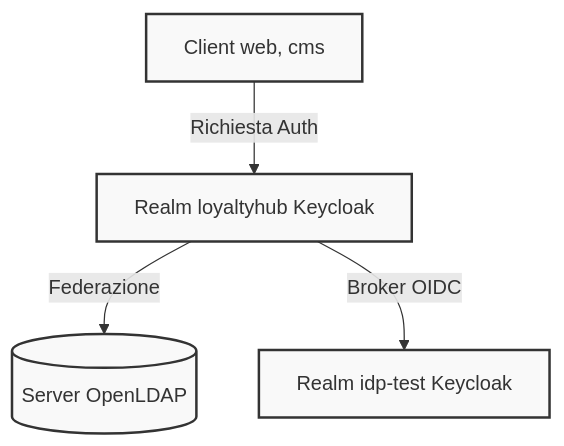
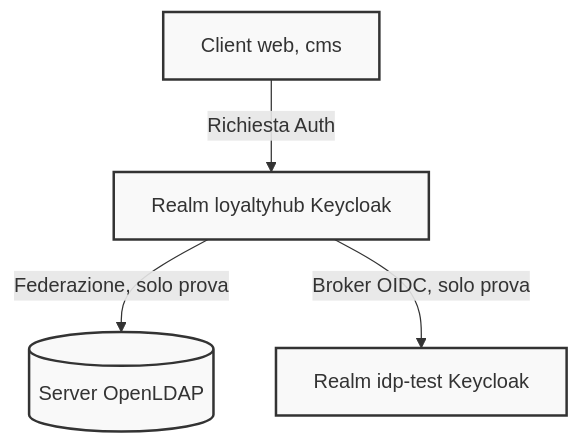
Before and after one commit to peppe-ruv/Loyalty_Sys: the second of 2 diagrams in deploy/idp/README.md, drawn with Mermaid. The commit also changed other lines of this file and 7 other files, not shown here.

````diff
--- a/deploy/idp/README.md
+++ b/deploy/idp/README.md
@@ -61,11 +121,11 @@
 ```mermaid
 flowchart TD
     accTitle: Federazione Identità
     accDescr: Schema della connessione del realm principale con IdP secondario e LDAP
 
     Client[Client web, cms] -->|Richiesta Auth| KMain[Realm loyaltyhub Keycloak]
-    KMain -->|Federazione| LDAP[(Server OpenLDAP)]
-    KMain -->|Broker OIDC| KTest[Realm idp-test Keycloak]
+    KMain -->|Federazione, solo prova| LDAP[(Server OpenLDAP)]
+    KMain -->|Broker OIDC, solo prova| KTest[Realm idp-test Keycloak]
 
     classDef default fill:#f9f9f9,stroke:#333,stroke-width:2px;
 ```
````
